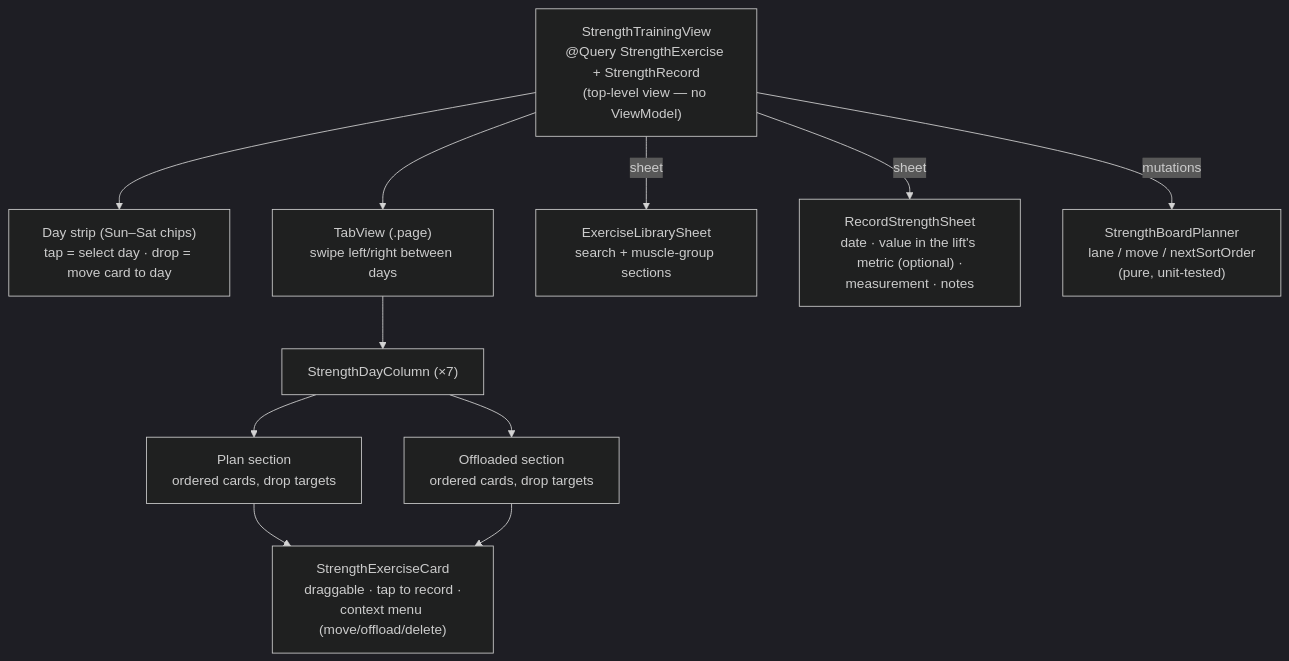
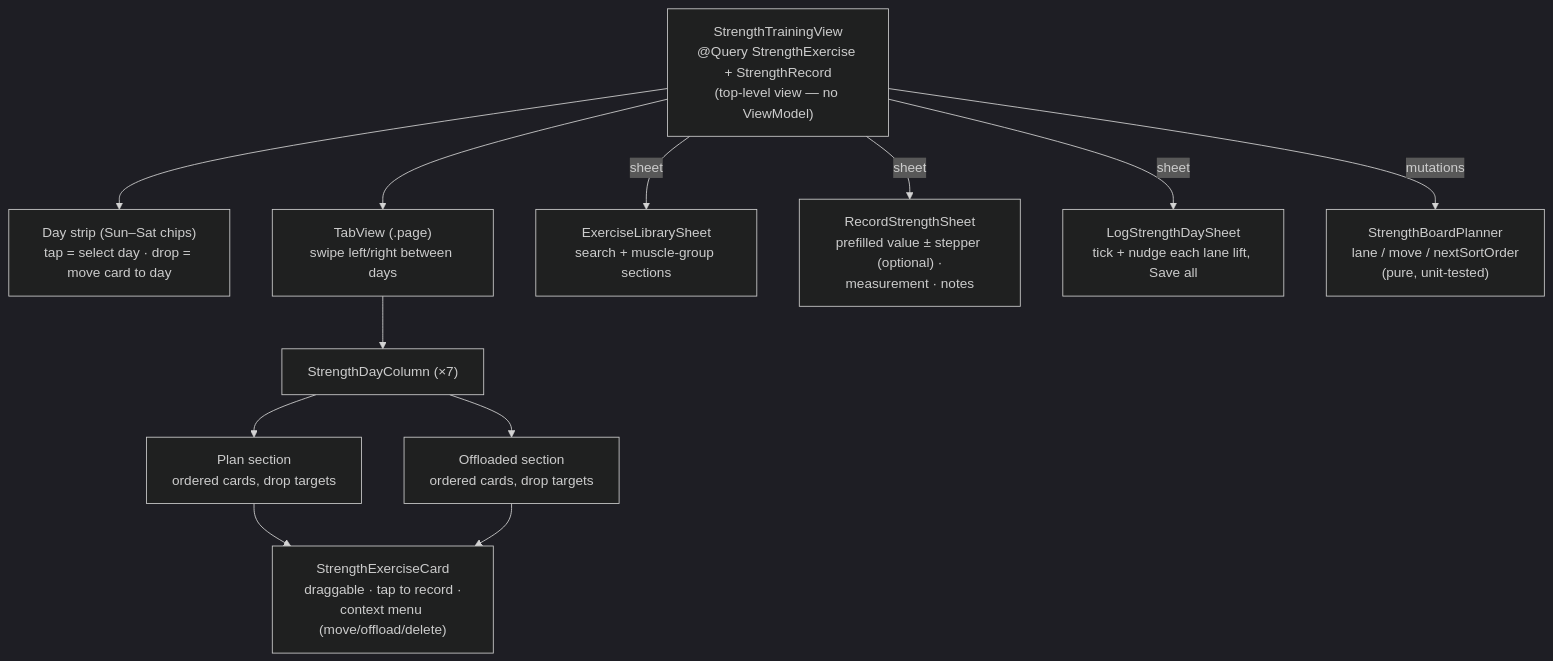
Before and after one commit to bradlet/train: the third of 4 diagrams in docs/STRENGTH_TRAINING.md, drawn with Mermaid (dark theme). The commit also changed other lines of this file and 3 other files, not shown here.

````diff
--- a/docs/STRENGTH_TRAINING.md
+++ b/docs/STRENGTH_TRAINING.md
@@ -137,21 +137,23 @@
 ```mermaid
 flowchart TD
     STV["StrengthTrainingView<br/>@Query StrengthExercise + StrengthRecord<br/>(top-level view — no ViewModel)"]
     STRIP["Day strip (Sun–Sat chips)<br/>tap = select day · drop = move card to day"]
     TAB["TabView (.page)<br/>swipe left/right between days"]
     COL["StrengthDayColumn (×7)"]
     PLAN["Plan section<br/>ordered cards, drop targets"]
     OFF["Offloaded section<br/>ordered cards, drop targets"]
     CARD["StrengthExerciseCard<br/>draggable · tap to record ·<br/>context menu (move/offload/delete)"]
     LIB["ExerciseLibrarySheet<br/>search + muscle-group sections"]
-    REC["RecordStrengthSheet<br/>date · value in the lift's metric (optional) ·<br/>measurement · notes"]
+    REC["RecordStrengthSheet<br/>prefilled value ± stepper (optional) ·<br/>measurement · notes"]
+    DAY["LogStrengthDaySheet<br/>tick + nudge each lane lift, Save all"]
     PLANNER["StrengthBoardPlanner<br/>lane / move / nextSortOrder<br/>(pure, unit-tested)"]
 
     STV --> STRIP
     STV --> TAB --> COL
     COL --> PLAN --> CARD
     COL --> OFF --> CARD
     STV -->|sheet| LIB
     STV -->|sheet| REC
+    STV -->|sheet| DAY
     STV -->|mutations| PLANNER
 ```
````
